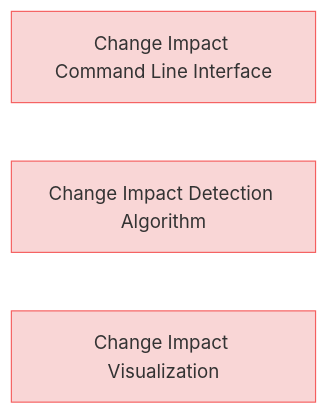
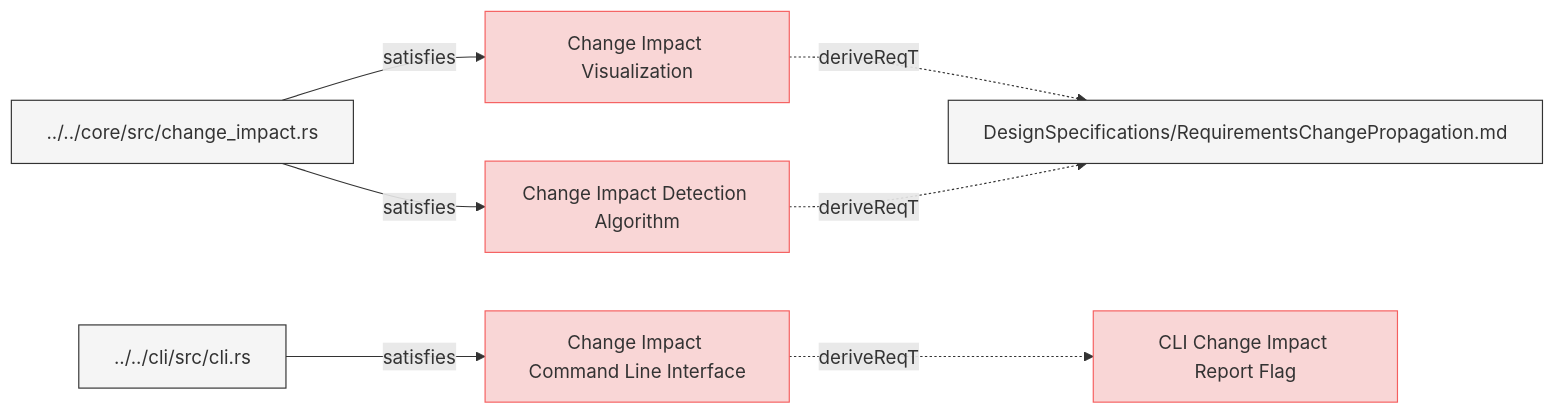
The first of 2 diagrams in specifications/SystemRequirements/ChangeImpactRequirements.md (reqvire-org/reqvire), drawn with Mermaid before and after one commit. The commit also changed other lines of this file and 92 other files, not shown here.

````diff
--- a/specifications/SystemRequirements/ChangeImpactRequirements.md
+++ b/specifications/SystemRequirements/ChangeImpactRequirements.md
@@ -6,18 +6,36 @@
 ```mermaid
 graph LR;
   %% Graph styling
   classDef requirement fill:#f9d6d6,stroke:#f55f5f,stroke-width:1px;
   classDef verification fill:#d6f9d6,stroke:#5fd75f,stroke-width:1px;
   classDef externalLink fill:#d0e0ff,stroke:#3080ff,stroke-width:1px;
   classDef default fill:#f5f5f5,stroke:#333333,stroke-width:1px;
 
-  fc8de570b1["Change Impact Command Line Interface"];
-  click fc8de570b1 "Requirements-ChangeImpact.md#change-impact-command-line-interface";
-  class fc8de570b1 requirement;
-  db2c5c302e["Change Impact Detection Algorithm"];
-  click db2c5c302e "Requirements-ChangeImpact.md#change-impact-detection-algorithm";
-  class db2c5c302e requirement;
-  6547987b2b["Change Impact Visualization"];
-  click 6547987b2b "Requirements-ChangeImpact.md#change-impact-visualization";
-  class 6547987b2b requirement;
+  9e4af55877["Change Impact Visualization"];
+  click 9e4af55877 "ChangeImpactRequirements.md#change-impact-visualization";
+  class 9e4af55877 requirement;
+  33e6fb86b3["DesignSpecifications/RequirementsChangePropagation.md"];
+  class 33e6fb86b3 default;
+  click 33e6fb86b3 "../DesignSpecifications/RequirementsChangePropagation.md";
+  9e4af55877 -.->|deriveReqT| 33e6fb86b3;
+  cc976e6bcd["../../core/src/change_impact.rs"];
+  class cc976e6bcd default;
+  click cc976e6bcd "../../core/src/change_impact.rs";
+  cc976e6bcd -->|satisfies| 9e4af55877;
+  503dda29a8["Change Impact Detection Algorithm"];
+  click 503dda29a8 "ChangeImpactRequirements.md#change-impact-detection-algorithm";
+  class 503dda29a8 requirement;
+  503dda29a8 -.->|deriveReqT| 33e6fb86b3;
+  cc976e6bcd -->|satisfies| 503dda29a8;
+  9d6f79f601["Change Impact Command Line Interface"];
+  click 9d6f79f601 "ChangeImpactRequirements.md#change-impact-command-line-interface";
+  class 9d6f79f601 requirement;
+  665b7456c9["CLI Change Impact Report Flag"];
+  class 665b7456c9 requirement;
+  click 665b7456c9 "Requirements.md#cli-change-impact-report-flag";
+  9d6f79f601 -.->|deriveReqT| 665b7456c9;
+  11ffc4632a["../../cli/src/cli.rs"];
+  class 11ffc4632a default;
+  click 11ffc4632a "../../cli/src/cli.rs";
+  11ffc4632a -->|satisfies| 9d6f79f601;
 ```
````
